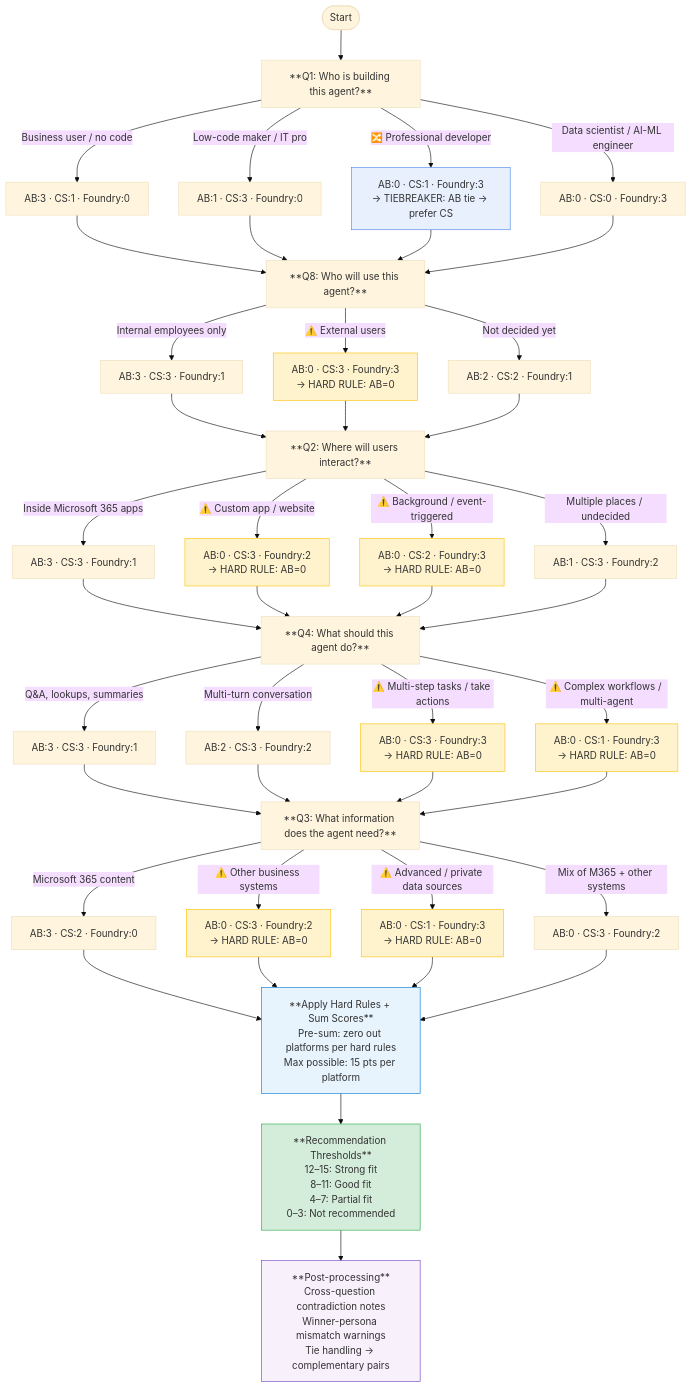
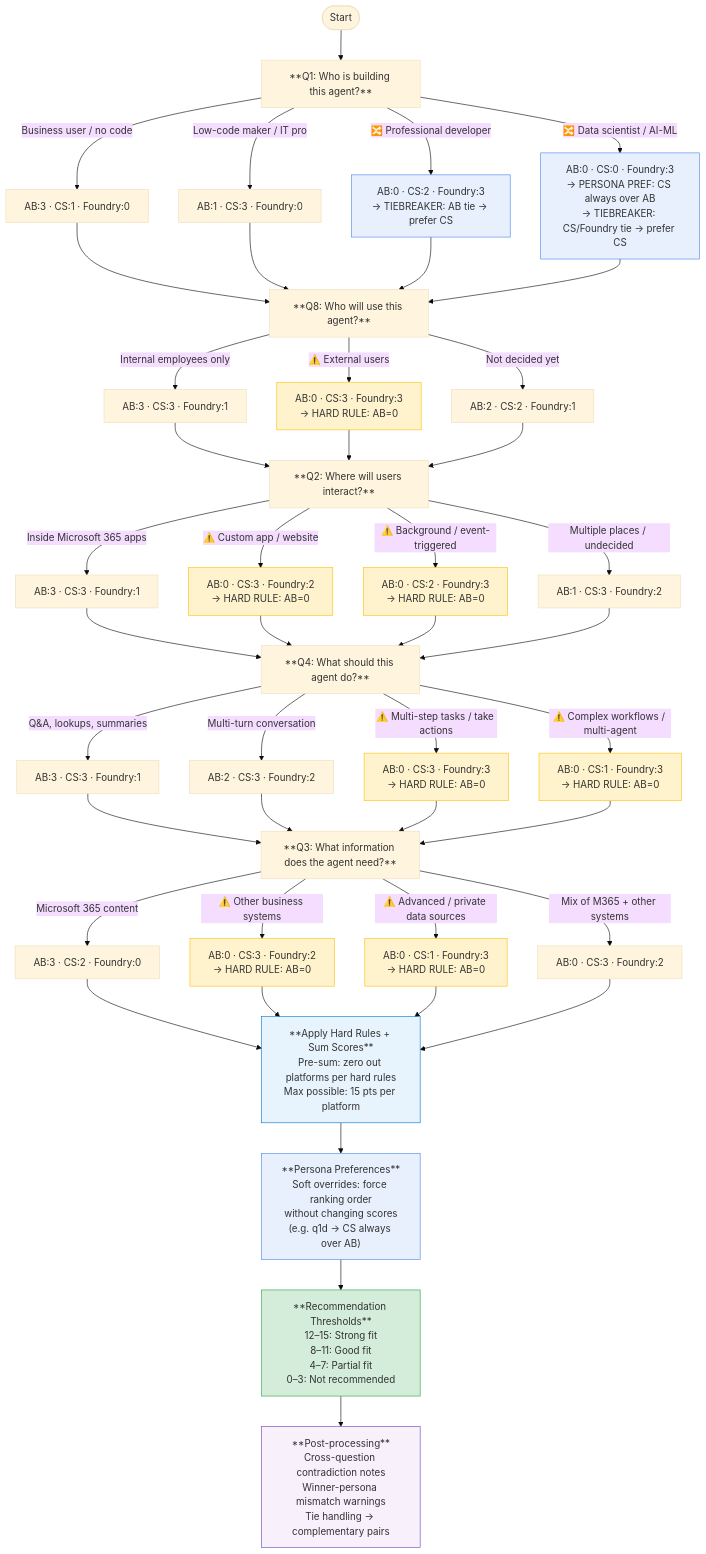
The diagram in docs/FLOWCHART.md (microsoft/AgentPlatformAdvisor), drawn with Mermaid (base theme) before and after one commit. The commit also changed 2 other files, not shown here.

````diff
--- a/docs/FLOWCHART.md
+++ b/docs/FLOWCHART.md
@@ -1,61 +1,65 @@
 ```mermaid
 flowchart TD
     START([Start]) --> Q1
 
     Q1["**Q1: Who is building this agent?**"]
     Q1 -->|Business user / no code| Q1A["AB:3 · CS:1 · Foundry:0"]
     Q1 -->|Low-code maker / IT pro| Q1B["AB:1 · CS:3 · Foundry:0"]
-    Q1 -->|"🔀 Professional developer"| Q1C["AB:0 · CS:1 · Foundry:3\n→ TIEBREAKER: AB tie → prefer CS"]
-    Q1 -->|Data scientist / AI-ML engineer| Q1D["AB:0 · CS:0 · Foundry:3"]
+    Q1 -->|"🔀 Professional developer"| Q1C["AB:0 · CS:2 · Foundry:3\n→ TIEBREAKER: AB tie → prefer CS"]
+    Q1 -->|"🔀 Data scientist / AI-ML"| Q1D["AB:0 · CS:0 · Foundry:3\n→ PERSONA PREF: CS always over AB\n→ TIEBREAKER: CS/Foundry tie → prefer CS"]
 
     Q1A & Q1B & Q1C & Q1D --> Q8
 
     Q8["**Q8: Who will use this agent?**"]
     Q8 -->|Internal employees only| Q8A["AB:3 · CS:3 · Foundry:1"]
     Q8 -->|"⚠️ External users"| Q8B["AB:0 · CS:3 · Foundry:3\n→ HARD RULE: AB=0"]
     Q8 -->|Not decided yet| Q8D["AB:2 · CS:2 · Foundry:1"]
 
     Q8A & Q8B & Q8D --> Q2
 
     Q2["**Q2: Where will users interact?**"]
     Q2 -->|Inside Microsoft 365 apps| Q2A["AB:3 · CS:3 · Foundry:1"]
     Q2 -->|"⚠️ Custom app / website"| Q2B["AB:0 · CS:3 · Foundry:2\n→ HARD RULE: AB=0"]
     Q2 -->|"⚠️ Background / event-triggered"| Q2C["AB:0 · CS:2 · Foundry:3\n→ HARD RULE: AB=0"]
     Q2 -->|Multiple places / undecided| Q2D["AB:1 · CS:3 · Foundry:2"]
 
     Q2A & Q2B & Q2C & Q2D --> Q4
 
     Q4["**Q4: What should this agent do?**"]
     Q4 -->|Q&A, lookups, summaries| Q4A["AB:3 · CS:3 · Foundry:1"]
     Q4 -->|Multi-turn conversation| Q4B["AB:2 · CS:3 · Foundry:2"]
     Q4 -->|"⚠️ Multi-step tasks / take actions"| Q4C["AB:0 · CS:3 · Foundry:3\n→ HARD RULE: AB=0"]
     Q4 -->|"⚠️ Complex workflows / multi-agent"| Q4D["AB:0 · CS:1 · Foundry:3\n→ HARD RULE: AB=0"]
 
     Q4A & Q4B & Q4C & Q4D --> Q3
 
     Q3["**Q3: What information does the agent need?**"]
     Q3 -->|Microsoft 365 content| Q3A["AB:3 · CS:2 · Foundry:0"]
     Q3 -->|"⚠️ Other business systems"| Q3B["AB:0 · CS:3 · Foundry:2\n→ HARD RULE: AB=0"]
     Q3 -->|"⚠️ Advanced / private data sources"| Q3C["AB:0 · CS:1 · Foundry:3\n→ HARD RULE: AB=0"]
     Q3 -->|Mix of M365 + other systems| Q3D["AB:0 · CS:3 · Foundry:2"]
 
     Q3A & Q3B & Q3C & Q3D --> SCORE
 
     SCORE["**Apply Hard Rules + Sum Scores**\nPre-sum: zero out platforms per hard rules\nMax possible: 15 pts per platform"]
 
-    SCORE --> RESULT["**Recommendation Thresholds**\n12–15: Strong fit\n8–11: Good fit\n4–7: Partial fit\n0–3: Not recommended"]
+    SCORE --> PREF["**Persona Preferences**\nSoft overrides: force ranking order\nwithout changing scores\n(e.g. q1d → CS always over AB)"]
+
+    PREF --> RESULT["**Recommendation Thresholds**\n12–15: Strong fit\n8–11: Good fit\n4–7: Partial fit\n0–3: Not recommended"]
 
     RESULT --> NOTES["**Post-processing**\nCross-question contradiction notes\nWinner-persona mismatch warnings\nTie handling → complementary pairs"]
 
     style Q1C fill:#e8f0fe,stroke:#4a86e8
+    style Q1D fill:#e8f0fe,stroke:#4a86e8
     style Q8B fill:#fff3cd,stroke:#ffc107
     style Q2B fill:#fff3cd,stroke:#ffc107
     style Q2C fill:#fff3cd,stroke:#ffc107
     style Q4C fill:#fff3cd,stroke:#ffc107
     style Q4D fill:#fff3cd,stroke:#ffc107
     style Q3B fill:#fff3cd,stroke:#ffc107
     style Q3C fill:#fff3cd,stroke:#ffc107
     style SCORE fill:#e8f4fd,stroke:#0078D4
+    style PREF fill:#e8f0fe,stroke:#4a86e8
     style RESULT fill:#d4edda,stroke:#28a745
     style NOTES fill:#f8f0fb,stroke:#6f42c1
 ```
````
